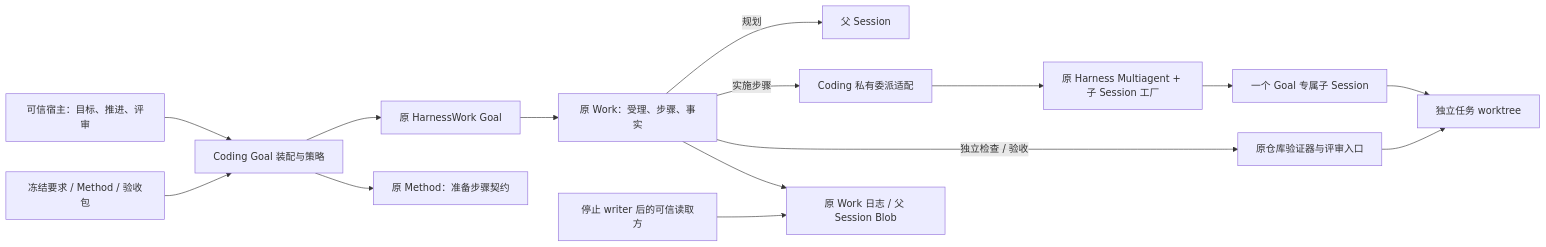
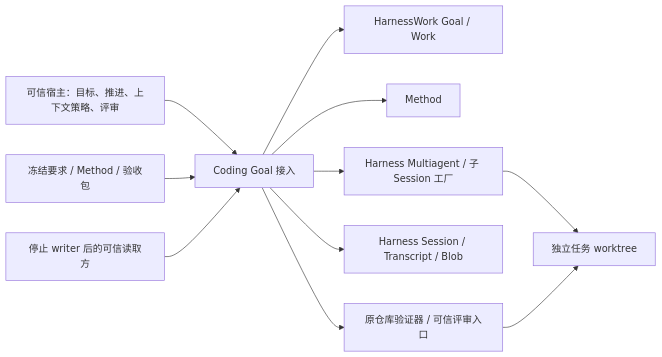
One commit to zhnt/loushang changed the first of 3 diagrams in docs/internals/architecture/goal-method-work/delegated-session-execution.md. Above: the diagram before and after it, drawn with Mermaid. The commit also changed other lines of this file and 3 other files, not shown here.

Commit message:
docs(goal): separate batch Session choice from context inheritance

````diff
--- a/docs/internals/architecture/goal-method-work/delegated-session-execution.md
+++ b/docs/internals/architecture/goal-method-work/delegated-session-execution.md
@@ -29,17 +37,13 @@
 ```mermaid
 flowchart LR
-  H["可信宿主：目标、推进、评审"] --> P["Coding Goal 装配与策略"]
-  T["冻结要求 / Method / 验收包"] --> P
-  P --> G["原 HarnessWork Goal"]
-  G --> W["原 Work：受理、步骤、事实"]
-  P --> M["原 Method：准备步骤契约"]
-  W -->|规划| S["父 Session"]
-  W -->|实施步骤| D["Coding 私有委派适配"]
-  D --> A["原 Harness Multiagent + 子 Session 工厂"]
-  A --> C["一个 Goal 专属子 Session"]
-  C --> R["独立任务 worktree"]
-  W -->|独立检查 / 验收| V["原仓库验证器与评审入口"]
+  H["可信宿主：目标、推进、上下文策略、评审"] --> P["Coding Goal 接入"]
+  F["冻结要求 / Method / 验收包"] --> P
+  P --> G["HarnessWork Goal / Work"]
+  P --> M["Method"]
+  P --> A["Harness Multiagent / 子 Session 工厂"]
+  P --> S["Harness Session / Transcript / Blob"]
+  P --> V["原仓库验证器 / 可信评审入口"]
+  A --> R["独立任务 worktree"]
   V --> R
-  W --> E["原 Work 日志 / 父 Session Blob"]
-  Q["停止 writer 后的可信读取方"] --> E
+  Q["停止 writer 后的可信读取方"] --> P
 ```
````
